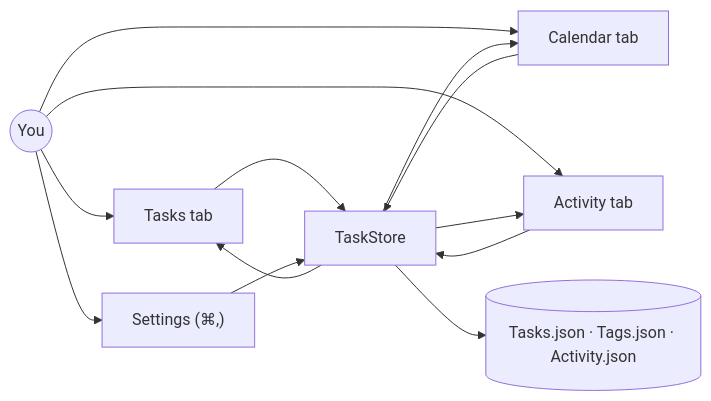
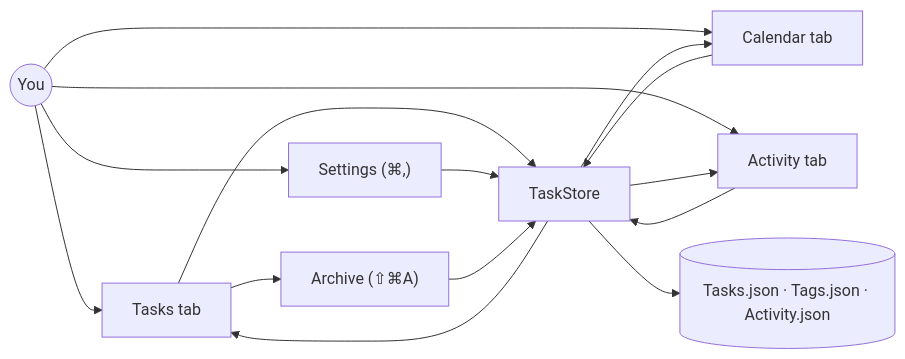
The diagram in README.md (amalmehta/SuperSimpleTodo), drawn with Mermaid before and after one commit. The commit also changed other lines of this file and 16 other files, not shown here.

First line of the commit message:
Archive tasks and bring them back when they're relevant

````diff
--- a/README.md
+++ b/README.md
@@ -24,7 +24,8 @@
 ```mermaid
 flowchart LR
     You((You)) --> Tasks[Tasks tab] & Calendar[Calendar tab] & Activity[Activity tab] & Settings["Settings (⌘,)"]
     Tasks & Calendar & Activity & Settings --> Store[TaskStore]
     Store --> Tasks & Calendar & Activity
+    Tasks --> Archive["Archive (⇧⌘A)"] --> Store
     Store --> Files[("Tasks.json · Tags.json · Activity.json")]
 ```
````
